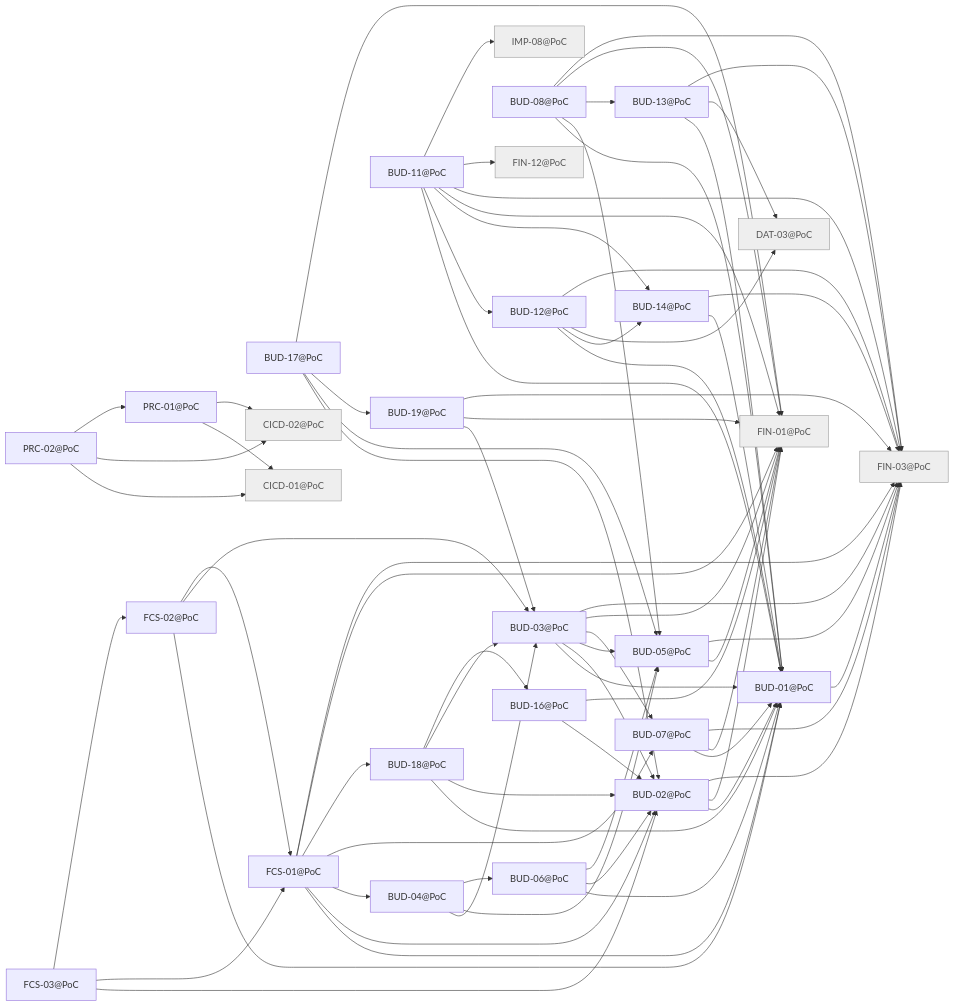
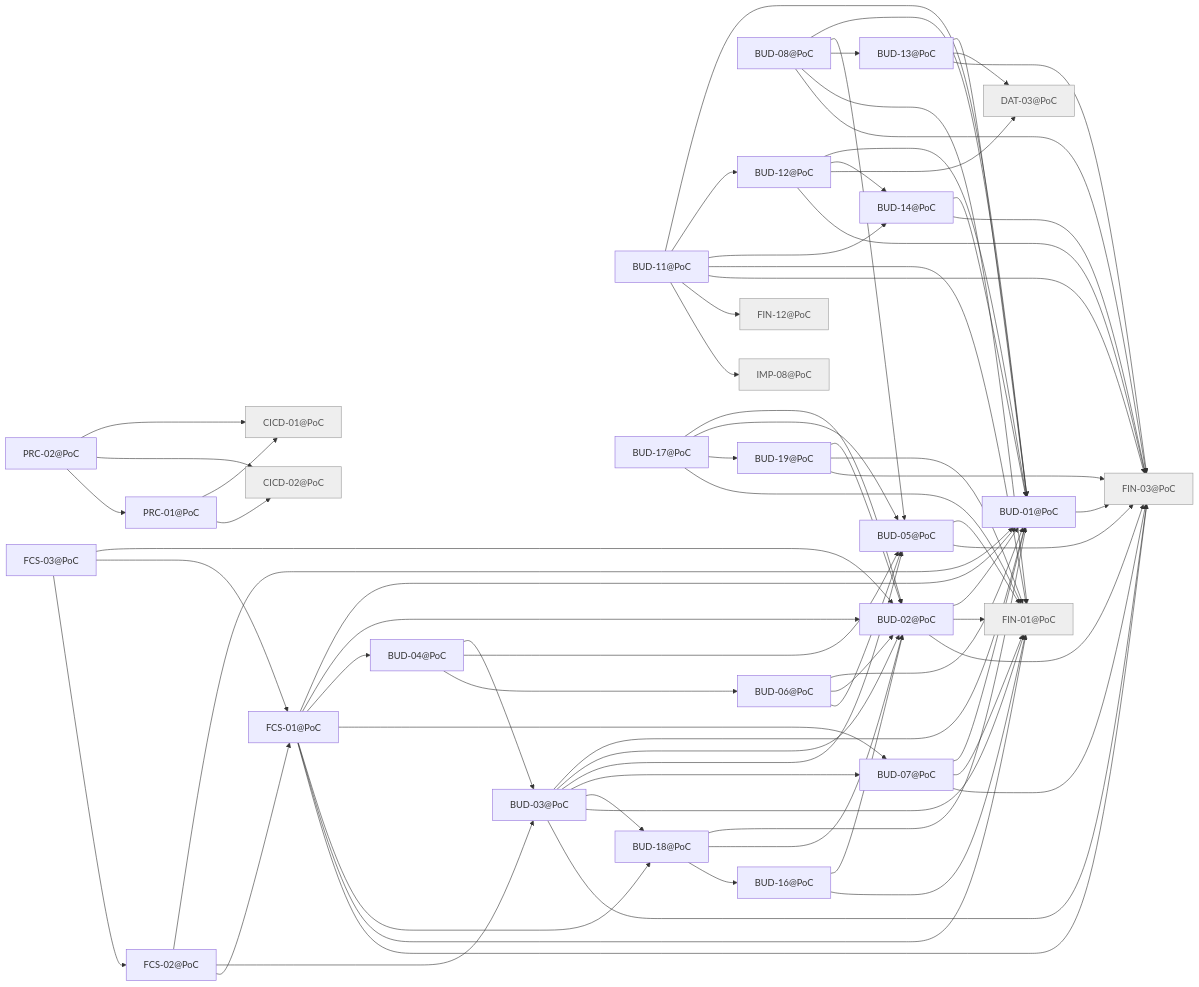
One commit to minakovval/Willowsum changed the diagram in docs/traceability/release-poc.md. Above: the diagram before and after it, drawn with Mermaid. The commit also changed other lines of this file and 23 other files, not shown here.

```diff
--- a/docs/traceability/release-poc.md
+++ b/docs/traceability/release-poc.md
@@ -72,6 +72,7 @@
   BUD_03_PoC --> BUD_02_PoC
   BUD_03_PoC --> BUD_05_PoC
   BUD_03_PoC --> BUD_07_PoC
+  BUD_03_PoC --> BUD_18_PoC
   BUD_03_PoC --> FIN_01_PoC
   BUD_03_PoC --> FIN_03_PoC
   BUD_04_PoC --> BUD_03_PoC
@@ -114,9 +115,8 @@
   BUD_17_PoC --> FIN_01_PoC
   BUD_18_PoC --> BUD_01_PoC
   BUD_18_PoC --> BUD_02_PoC
-  BUD_18_PoC --> BUD_03_PoC
   BUD_18_PoC --> BUD_16_PoC
-  BUD_19_PoC --> BUD_03_PoC
+  BUD_19_PoC --> BUD_02_PoC
   BUD_19_PoC --> FIN_01_PoC
   BUD_19_PoC --> FIN_03_PoC
   FCS_01_PoC --> BUD_01_PoC
```
